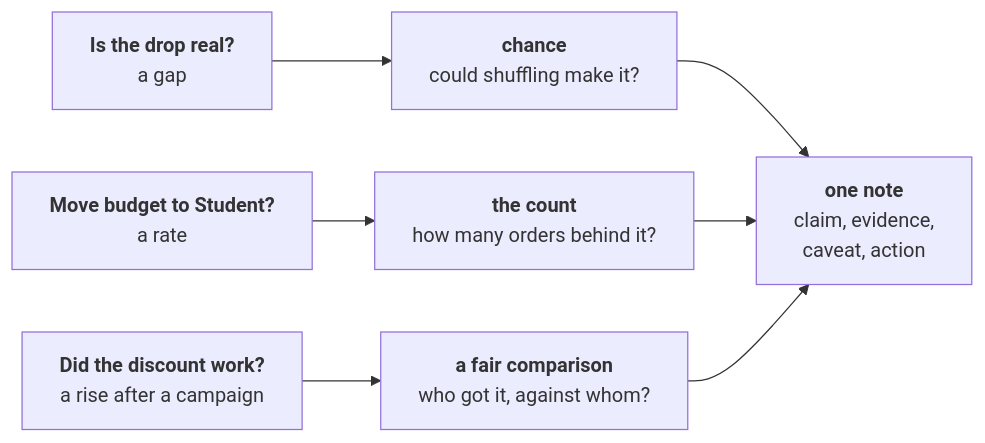
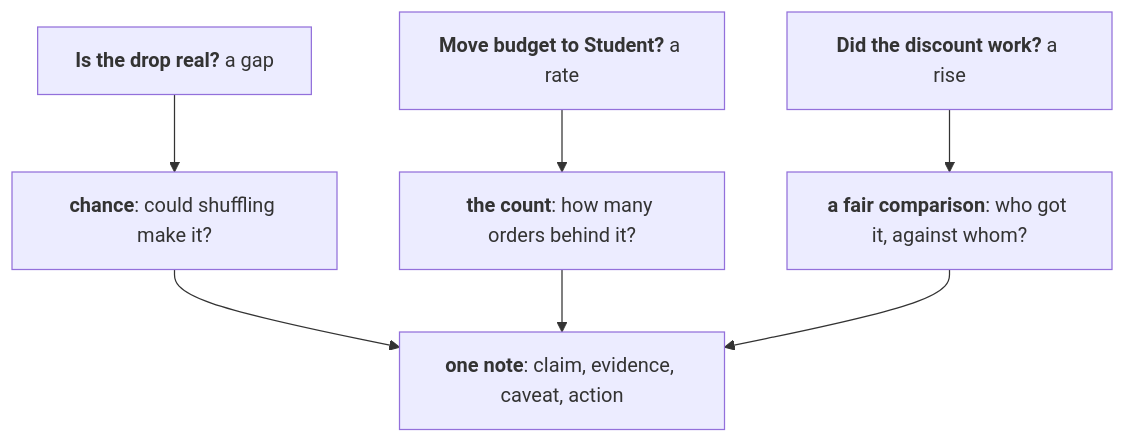
The diagram in content/W01/D4/cheatsheets/C2_W01_D04_real_or_wobble_STUDENT.md (fde-academy-lab/c2-content-factory), drawn with Mermaid before and after one commit. The commit also changed 11 other files, not shown here.

````diff
--- a/content/W01/D4/cheatsheets/C2_W01_D04_real_or_wobble_STUDENT.md
+++ b/content/W01/D4/cheatsheets/C2_W01_D04_real_or_wobble_STUDENT.md
@@ -8,9 +8,9 @@
 ```mermaid
-flowchart LR
-    Q1["<b>Is the drop real?</b><br/>a gap"] --> H1["<b>chance</b><br/>could shuffling make it?"]
-    Q2["<b>Move budget to Student?</b><br/>a rate"] --> H2["<b>the count</b><br/>how many orders behind it?"]
-    Q3["<b>Did the discount work?</b><br/>a rise after a campaign"] --> H3["<b>a fair comparison</b><br/>who got it, against whom?"]
-    H1 --> N["<b>one note</b><br/>claim, evidence,<br/>caveat, action"]
+flowchart TB
+    Q1["<b>Is the drop real?</b> a gap"] --> H1["<b>chance</b>: could shuffling make it?"]
+    Q2["<b>Move budget to Student?</b> a rate"] --> H2["<b>the count</b>: how many orders behind it?"]
+    Q3["<b>Did the discount work?</b> a rise"] --> H3["<b>a fair comparison</b>: who got it, against whom?"]
+    H1 --> N["<b>one note</b>: claim, evidence, caveat, action"]
     H2 --> N
     H3 --> N
 ```
````
